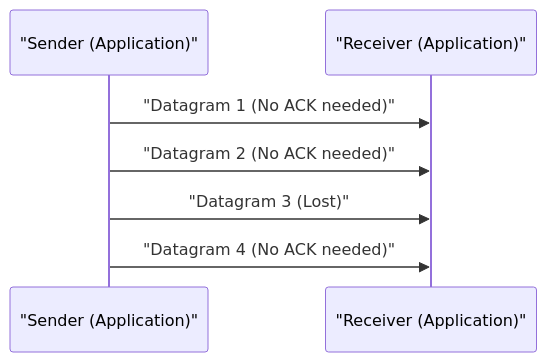
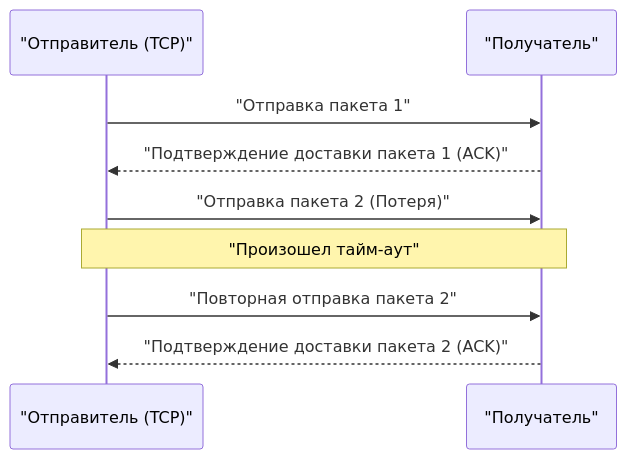
Before and after one commit to kenjinote/blog: the diagram in content/post/history-of-udp/index.ru.md, drawn with Mermaid. The commit also changed other lines of this file and 67 other files, not shown here.

````diff
--- a/content/post/history-of-udp/index.ru.md
+++ b/content/post/history-of-udp/index.ru.md
@@ -22,9 +35,11 @@
 ```mermaid
 sequenceDiagram
-    participant S as "Sender (Application)"
-    participant R as "Receiver (Application)"
-    S->>R: "Datagram 1 (No ACK needed)"
-    S->>R: "Datagram 2 (No ACK needed)"
-    S->>R: "Datagram 3 (Lost)"
-    S->>R: "Datagram 4 (No ACK needed)"
+    participant Sender as "Отправитель (TCP)"
+    participant Receiver as "Получатель"
+    Sender->>Receiver: "Отправка пакета 1"
+    Receiver-->>Sender: "Подтверждение доставки пакета 1 (ACK)"
+    Sender->>Receiver: "Отправка пакета 2 (Потеря)"
+    Note over Sender,Receiver: "Произошел тайм-аут"
+    Sender->>Receiver: "Повторная отправка пакета 2"
+    Receiver-->>Sender: "Подтверждение доставки пакета 2 (ACK)"
 ```
````
